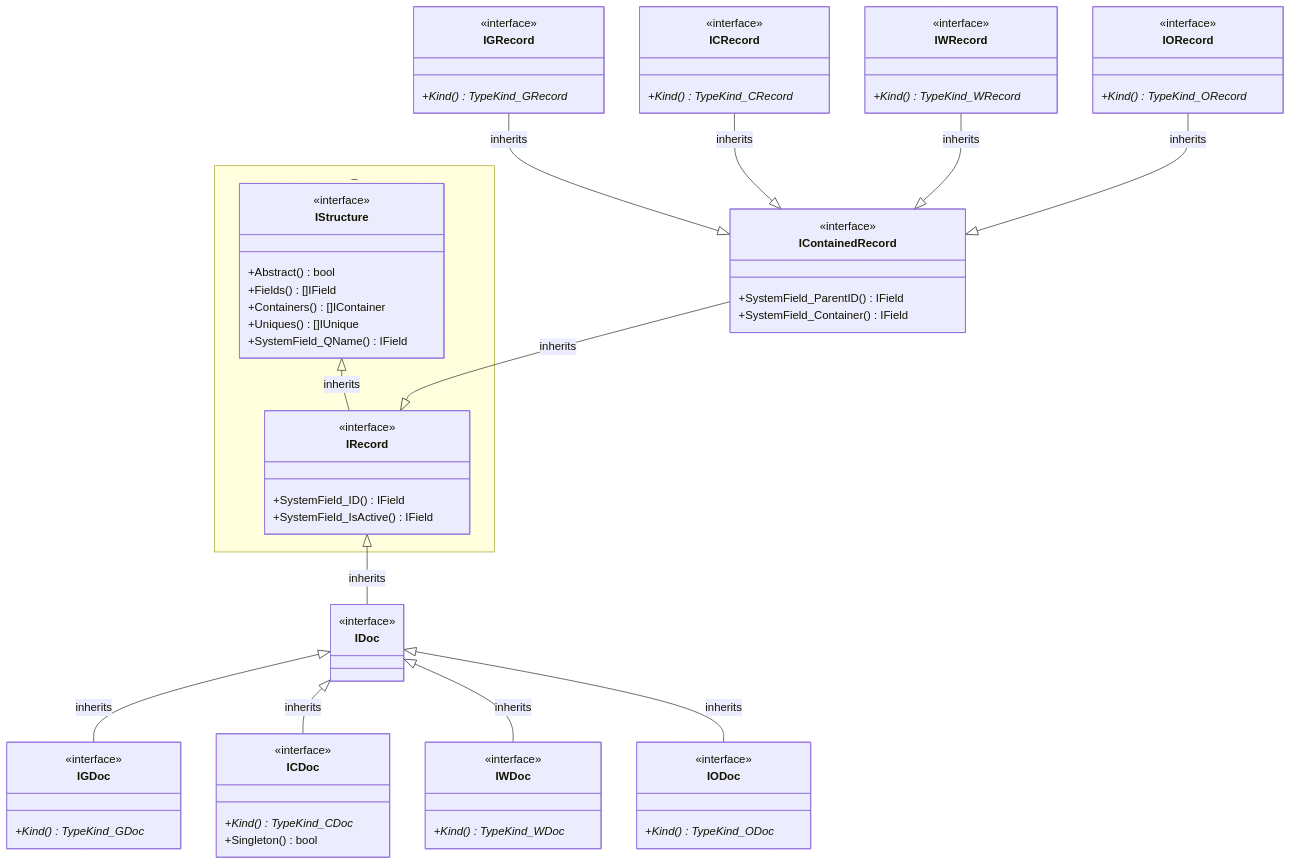
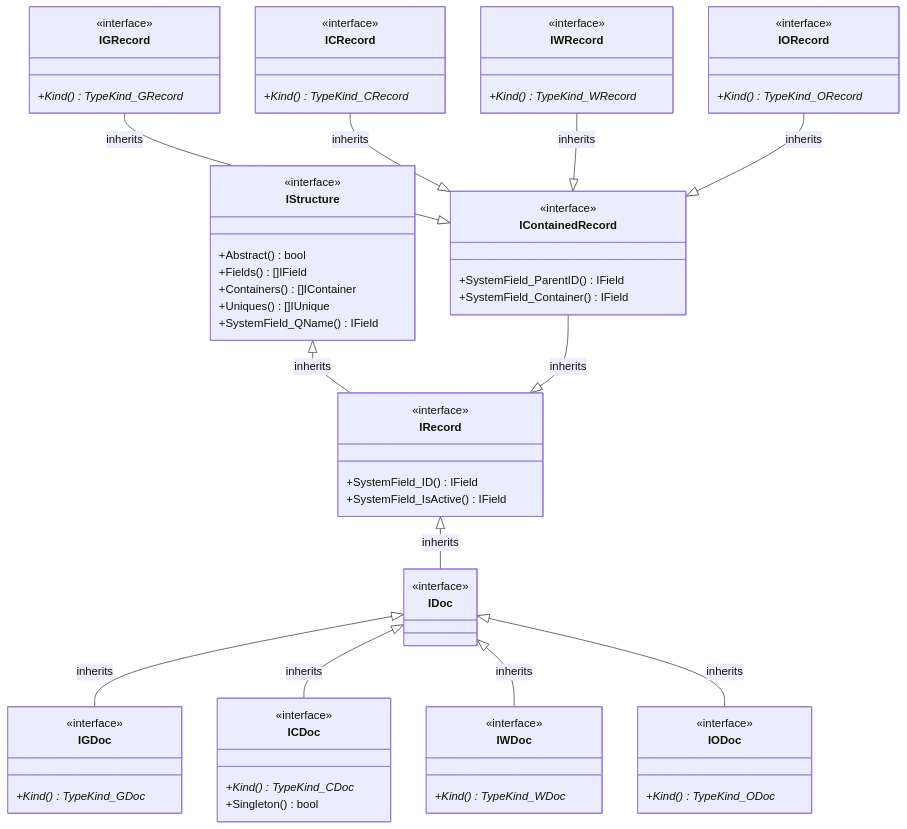
One commit to voedger/voedger changed the fourth of 8 diagrams in pkg/appdef/README.md. Above: the diagram before and after it, drawn with Mermaid. The commit also changed other lines of this file and 18 other files, not shown here.

````diff
--- a/pkg/appdef/README.md
+++ b/pkg/appdef/README.md
@@ -429,7 +431,7 @@
 ```mermaid
 classDiagram
     direction BT
-    namespace _ {
+%%    namespace _ {
         class IStructure {
             <<interface>>
             +Abstract() bool
@@ -444,7 +446,7 @@
             +SystemField_ID() IField
             +SystemField_IsActive() IField
         }
-    }
+%%    }
 
     IRecord --|> IStructure : inherits
 
````
